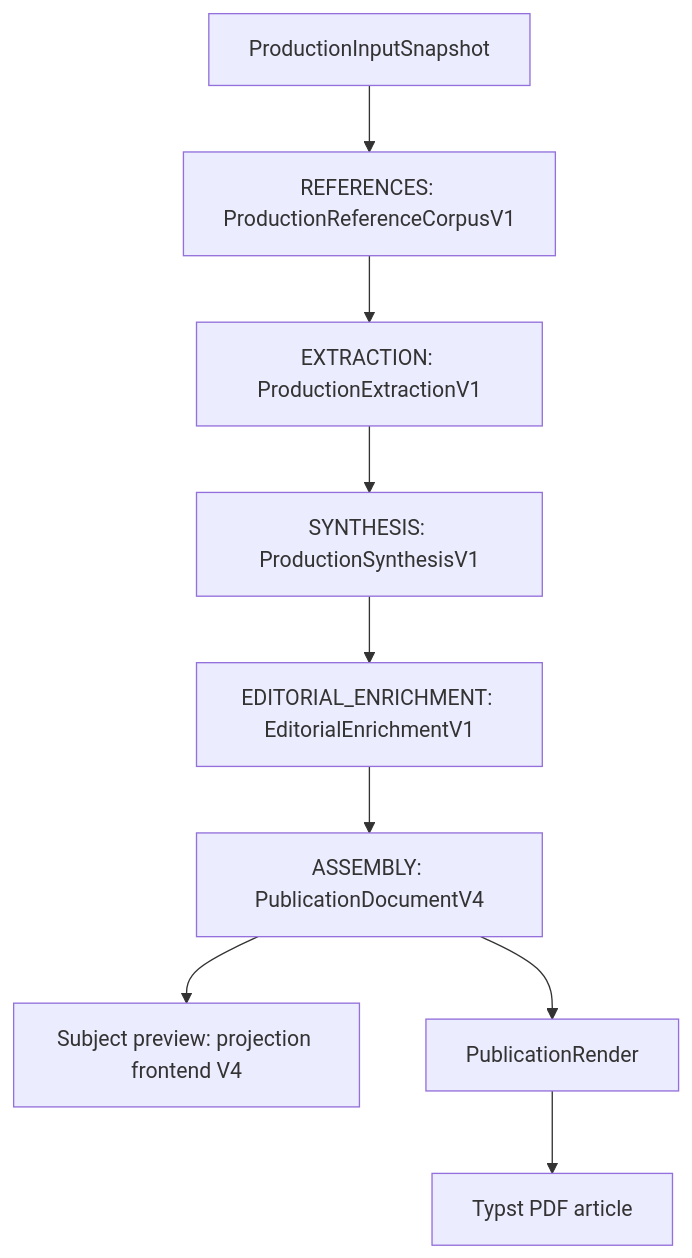
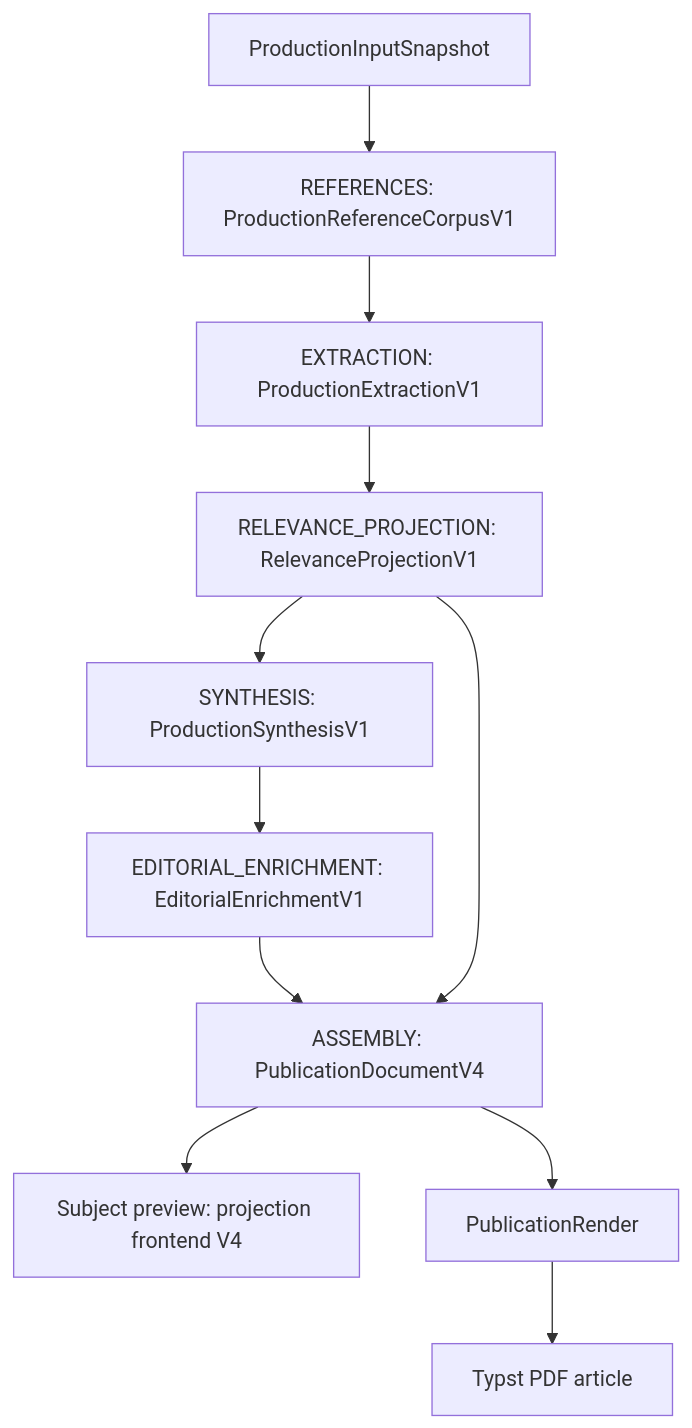
The first of 2 diagrams in docs/production.md (m413w4r3/AutoWork), drawn with Mermaid before and after one commit. The commit also changed other lines of this file and 54 other files, not shown here.

First line of the commit message:
feat: add per-subject relevance projection stage (L3b-1)

````diff
--- a/docs/production.md
+++ b/docs/production.md
@@ -17,10 +18,12 @@
 ```mermaid
 flowchart TD
   snapshot[ProductionInputSnapshot] --> references[REFERENCES: ProductionReferenceCorpusV1]
   references --> extraction[EXTRACTION: ProductionExtractionV1]
-  extraction --> synthesis[SYNTHESIS: ProductionSynthesisV1]
+  extraction --> relevance[RELEVANCE_PROJECTION: RelevanceProjectionV1]
+  relevance --> synthesis[SYNTHESIS: ProductionSynthesisV1]
   synthesis --> enrichment[EDITORIAL_ENRICHMENT: EditorialEnrichmentV1]
   enrichment --> assembly[ASSEMBLY: PublicationDocumentV4]
+  relevance --> assembly
   assembly --> preview[Subject preview: projection frontend V4]
   assembly --> render[PublicationRender] --> pdf[Typst PDF article]
 ```
````
